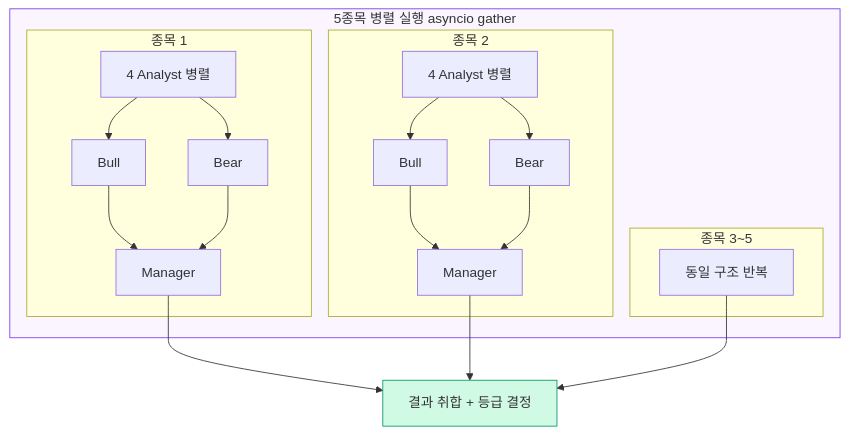
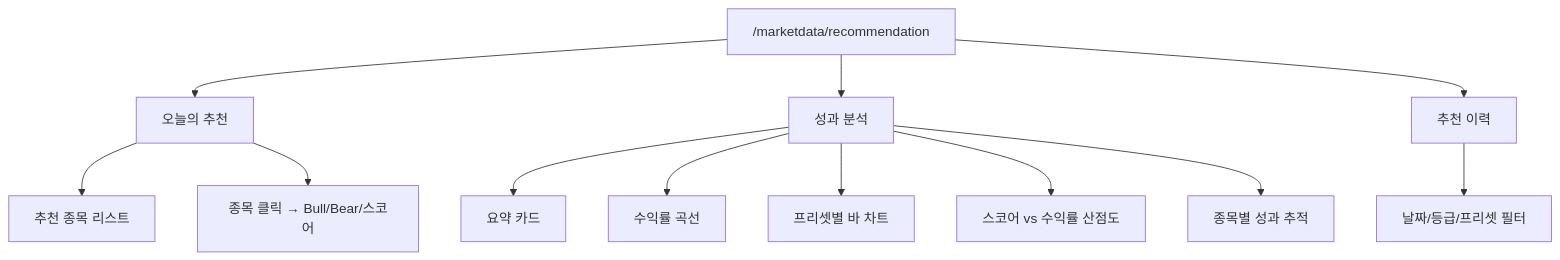
One commit to izzyLim/BIP-Pipeline changed the ninth of 9 diagrams in docs/stock_screener_architecture.md. Above: the diagram before and after it, drawn with Mermaid. The commit also changed other lines of this file and 1 other file, not shown here.

Commit message:
docs(stock_screener): v6.0 — VCP 매집, 중복 방지, 등급 변경, D+60 추적, 휴장일 체크, 화면 통합

````diff
--- a/docs/stock_screener_architecture.md
+++ b/docs/stock_screener_architecture.md
@@ -153,33 +453,17 @@
 ```mermaid
-graph TD
-    subgraph parallel["5종목 병렬 실행 asyncio gather"]
-        subgraph stock1["종목 1"]
-            A1[4 Analyst 병렬]
-            B1[Bull]
-            C1[Bear]
-            D1[Manager]
-            A1 --> B1
-            A1 --> C1
-            B1 --> D1
-            C1 --> D1
-        end
-        subgraph stock2["종목 2"]
-            A2[4 Analyst 병렬]
-            B2[Bull]
-            C2[Bear]
-            D2[Manager]
-            A2 --> B2
-            A2 --> C2
-            B2 --> D2
-            C2 --> D2
-        end
-        subgraph stock3["종목 3~5"]
-            A3[동일 구조 반복]
-        end
-    end
-    D1 --> RESULT[결과 취합 + 등급 결정]
-    D2 --> RESULT
-    A3 --> RESULT
-    style parallel fill:#faf5ff,stroke:#7c3aed
-    style RESULT fill:#d1fae5,stroke:#059669
+flowchart TD
+    A["/marketdata/recommendation"] --> B[오늘의 추천]
+    A --> C[성과 분석]
+    A --> D[추천 이력]
+    
+    B --> B1[추천 종목 리스트]
+    B --> B2[종목 클릭 → Bull/Bear/스코어]
+    
+    C --> C1[요약 카드]
+    C --> C2[수익률 곡선]
+    C --> C3[프리셋별 바 차트]
+    C --> C4[스코어 vs 수익률 산점도]
+    C --> C5[종목별 성과 추적]
+    
+    D --> D1[날짜/등급/프리셋 필터]
 ```
````
